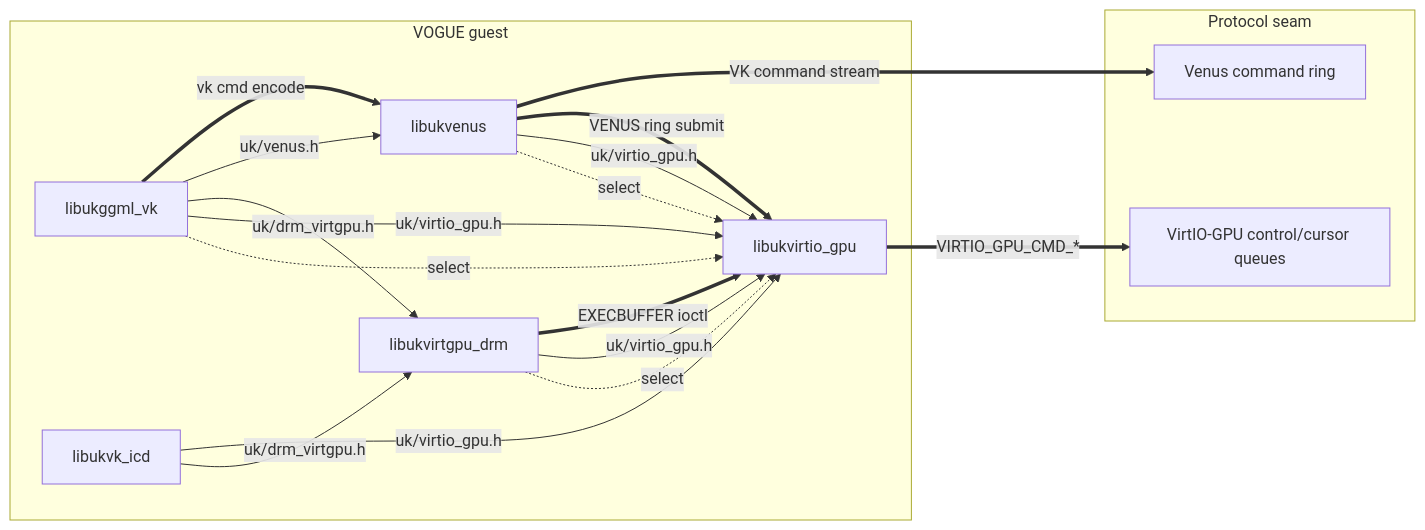
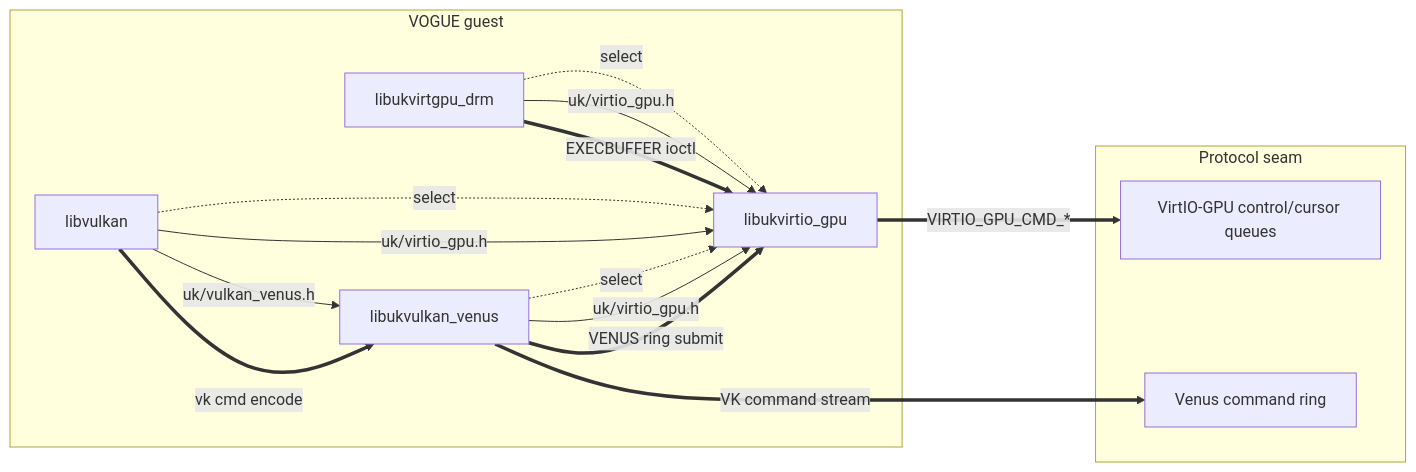
Before and after one commit to vm-final-project/virtio-gpu: the diagram in results/depgraph/view-b-edge-kinds.mmd, drawn with Mermaid. The commit also changed 170 other files, not shown here.

First line of the commit message:
vulkan: redesign around libvulkan + a native Venus driver; retire libukvk_icd and libukggml_vk

```diff
--- a/results/depgraph/view-b-edge-kinds.mmd
+++ b/results/depgraph/view-b-edge-kinds.mmd
@@ -1,28 +1,24 @@
 %% View B: Edge Kinds
 flowchart LR
   subgraph vogue["VOGUE guest"]
+    vogue_libukvirtgpu_drm["libukvirtgpu_drm"]
+    vogue_libukvulkan_venus["libukvulkan_venus"]
     vogue_libukvirtio_gpu["libukvirtio_gpu"]
-    vogue_libukvenus["libukvenus"]
-    vogue_libukggml_vk["libukggml_vk"]
-    vogue_libukvirtgpu_drm["libukvirtgpu_drm"]
-    vogue_libukvk_icd["libukvk_icd"]
+    vogue_libvulkan["libvulkan"]
   end
   subgraph seam["Protocol seam"]
+    seam_ctrlq["VirtIO-GPU control/cursor queues"]
     seam_venus_ring["Venus command ring"]
-    seam_ctrlq["VirtIO-GPU control/cursor queues"]
   end
-  vogue_libukggml_vk -.->|select| vogue_libukvirtio_gpu
-  vogue_libukvenus -.->|select| vogue_libukvirtio_gpu
   vogue_libukvirtgpu_drm -.->|select| vogue_libukvirtio_gpu
-  vogue_libukggml_vk -->|uk/virtio_gpu.h| vogue_libukvirtio_gpu
-  vogue_libukggml_vk -->|uk/drm_virtgpu.h| vogue_libukvirtgpu_drm
-  vogue_libukggml_vk -->|uk/venus.h| vogue_libukvenus
-  vogue_libukvenus -->|uk/virtio_gpu.h| vogue_libukvirtio_gpu
+  vogue_libukvulkan_venus -.->|select| vogue_libukvirtio_gpu
+  vogue_libvulkan -.->|select| vogue_libukvirtio_gpu
   vogue_libukvirtgpu_drm -->|uk/virtio_gpu.h| vogue_libukvirtio_gpu
-  vogue_libukvk_icd -->|uk/drm_virtgpu.h| vogue_libukvirtgpu_drm
-  vogue_libukvk_icd -->|uk/virtio_gpu.h| vogue_libukvirtio_gpu
-  vogue_libukggml_vk ==>|vk cmd encode| vogue_libukvenus
-  vogue_libukvenus ==>|VENUS ring submit| vogue_libukvirtio_gpu
+  vogue_libukvulkan_venus -->|uk/virtio_gpu.h| vogue_libukvirtio_gpu
+  vogue_libvulkan -->|uk/virtio_gpu.h| vogue_libukvirtio_gpu
+  vogue_libvulkan -->|uk/vulkan_venus.h| vogue_libukvulkan_venus
+  vogue_libvulkan ==>|vk cmd encode| vogue_libukvulkan_venus
+  vogue_libukvulkan_venus ==>|VENUS ring submit| vogue_libukvirtio_gpu
   vogue_libukvirtgpu_drm ==>|EXECBUFFER ioctl| vogue_libukvirtio_gpu
   vogue_libukvirtio_gpu ==>|VIRTIO_GPU_CMD_*| seam_ctrlq
-  vogue_libukvenus ==>|VK command stream| seam_venus_ring
+  vogue_libukvulkan_venus ==>|VK command stream| seam_venus_ring
```
